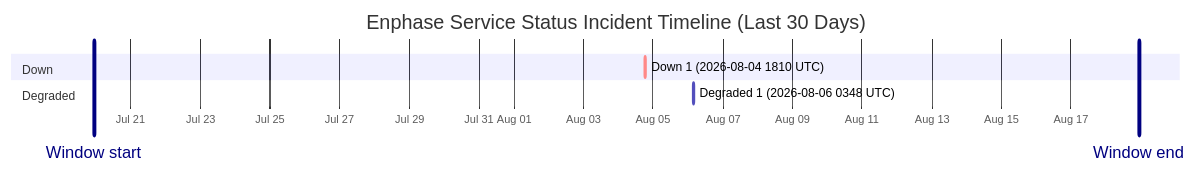
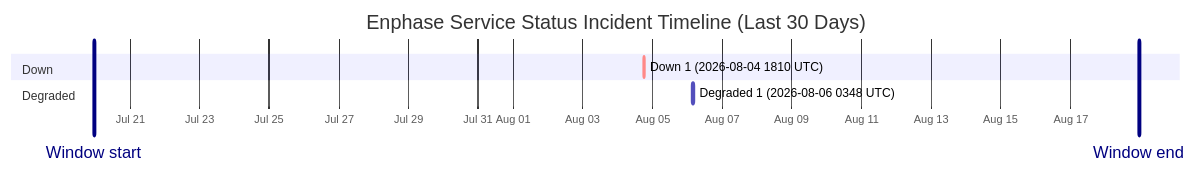
One commit to barneyonline/ha-enphase-energy changed the diagram in wiki/Service-Status-History.md. Above: the diagram before and after it, drawn with Mermaid. The commit also changed other lines of this file and 3 other files, not shown here.

````diff
--- a/wiki/Service-Status-History.md
+++ b/wiki/Service-Status-History.md
@@ -14,12 +14,12 @@
 ```mermaid
 gantt
     title Enphase Service Status Incident Timeline (Last 30 Days)
     dateFormat  YYYY-MM-DDTHH:mm:ss
     axisFormat  %b %d
-    Window start :vert, window-start, 2026-07-19T22:50:05, 0ms
-    Window end :vert, window-end, 2026-08-18T22:50:05, 0ms
+    Window start :vert, window-start, 2026-07-19T23:19:45, 0ms
+    Window end :vert, window-end, 2026-08-18T23:19:45, 0ms
     section Down
     Down 1 (2026-08-04 1810 UTC) :crit, down-1, 2026-08-04T18:10:46, 60m
     section Degraded
     Degraded 1 (2026-08-06 0348 UTC) :active, degraded-1, 2026-08-06T03:48:14, 60m
 ```
````
